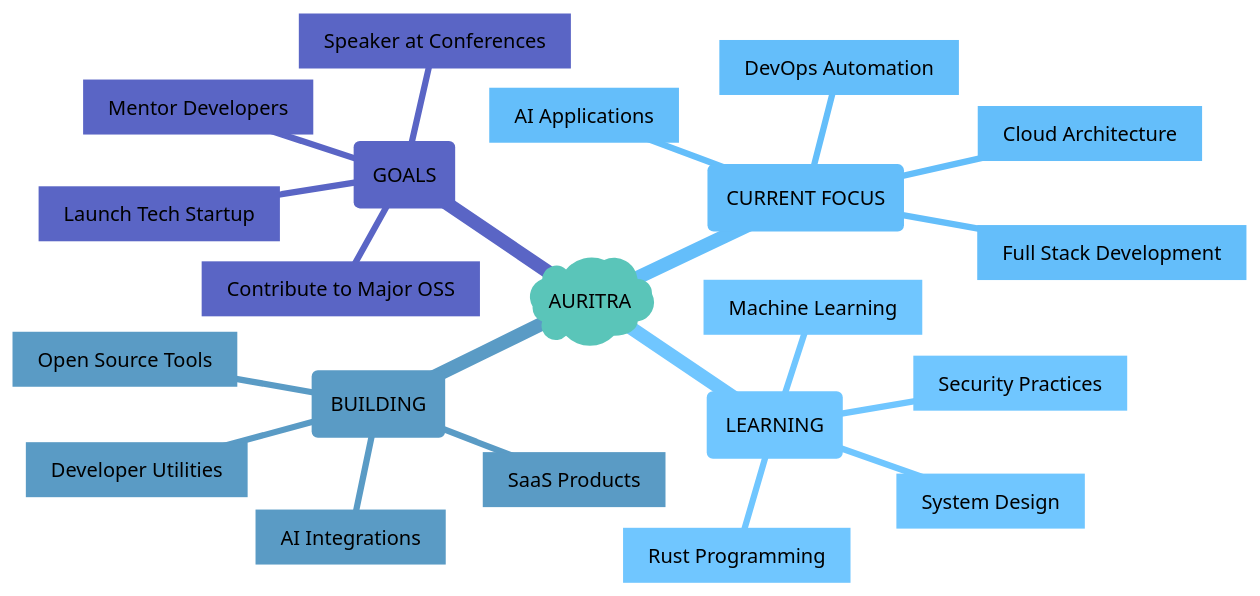
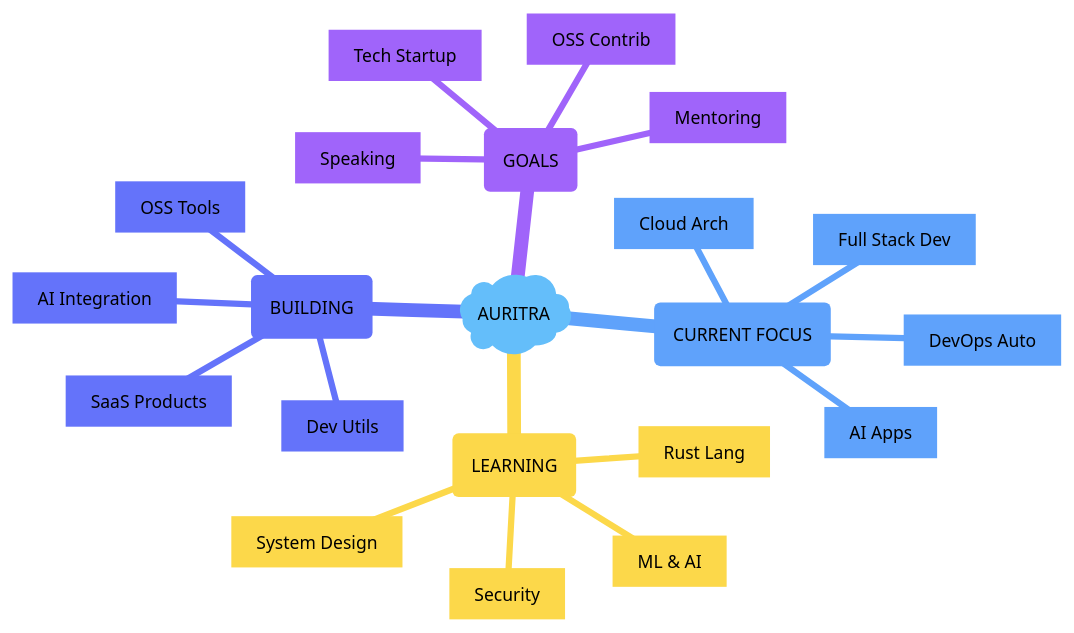
Before and after one commit to auri-ap-cn/auri-ap-cn: the diagram in README.md, drawn with Mermaid.

````diff
--- a/README.md
+++ b/README.md
@@ -218,25 +218,25 @@
 ```mermaid
-%%{init: {'theme':'base', 'themeVariables': {'background': '#ffffff', 'primaryColor': '#B8E6E1', 'primaryTextColor': '#000000', 'primaryBorderColor': '#7DD3FC', 'lineColor': '#38BDF8', 'secondaryColor': '#E0F2FE', 'tertiaryColor': '#F0F9FF', 'quaternaryColor': '#B8E6E1', 'c0': '#E0F2FE', 'c1': '#B8E6E1', 'c2': '#7DD3FC', 'c3': '#38BDF8', 'c4': '#F0F9FF', 'fontSize': '16px', 'fontFamily': 'Arial, sans-serif', 'mainBkg': '#E0F2FE', 'secondBkg': '#B8E6E1', 'tertiaryBkg': '#7DD3FC'}}}%%
+%%{init: {'theme':'base', 'themeVariables': {'background': '#ffffff', 'primaryColor': '#E0F2FE', 'primaryTextColor': '#000000', 'primaryBorderColor': '#7DD3FC', 'lineColor': '#38BDF8', 'secondaryColor': '#DBEAFE', 'tertiaryColor': '#FEF3C7', 'quaternaryColor': '#D1FAE5', 'c0': '#E0F2FE', 'c1': '#DBEAFE', 'c2': '#FEF3C7', 'c3': '#D1FAE5', 'c4': '#E5E7EB', 'fontSize': '14px', 'fontFamily': 'Arial, sans-serif', 'mainBkg': '#E0F2FE', 'secondBkg': '#DBEAFE', 'tertiaryBkg': '#FEF3C7'}}}%%
 mindmap
   root)AURITRA(
     (CURRENT FOCUS)
-      [AI Applications]
-      [Full Stack Development]
-      [DevOps Automation]
-      [Cloud Architecture]
+      [AI Apps]
+      [Full Stack Dev]
+      [DevOps Auto]
+      [Cloud Arch]
     (LEARNING)
-      [Rust Programming]
-      [Machine Learning]
+      [Rust Lang]
+      [ML & AI]
       [System Design]
-      [Security Practices]
+      [Security]
     (BUILDING)
-      [Open Source Tools]
+      [OSS Tools]
       [SaaS Products]
-      [Developer Utilities]
-      [AI Integrations]
+      [Dev Utils]
+      [AI Integration]
     (GOALS)
-      [Contribute to Major OSS]
-      [Launch Tech Startup]
-      [Mentor Developers]
-      [Speaker at Conferences]
+      [OSS Contrib]
+      [Tech Startup]
+      [Mentoring]
+      [Speaking]
 ```
````
